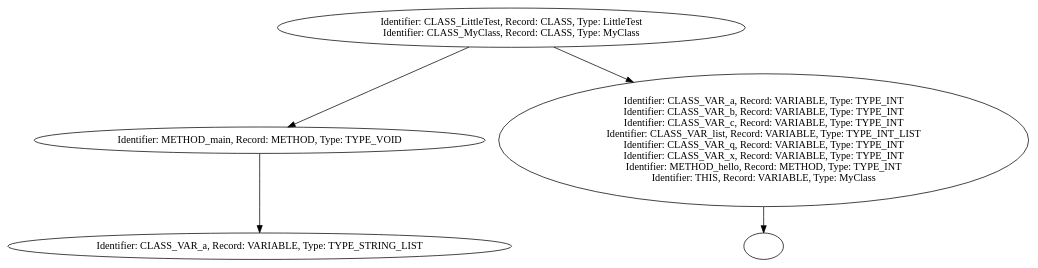
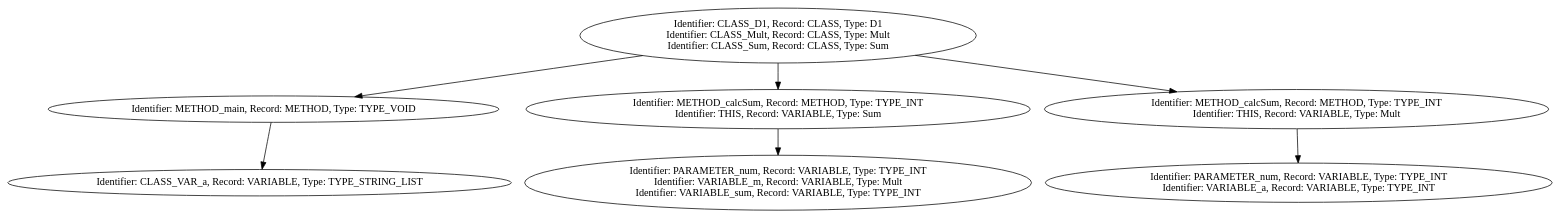
The diagram in getting_started/table.dot (RealNexa/DV1655-compiler), drawn with Graphviz before and after one commit. The commit also changed 11 other files, not shown here.

Commit message:
Fixed separate blocks for method calls and added class type as parameter to method call

```diff
--- a/getting_started/table.dot
+++ b/getting_started/table.dot
@@ -1,11 +1,15 @@
 digraph {
-n0 [label="Identifier: CLASS_LittleTest, Record: CLASS, Type: LittleTest\nIdentifier: CLASS_MyClass, Record: CLASS, Type: MyClass\n"];
+n0 [label="Identifier: CLASS_D1, Record: CLASS, Type: D1\nIdentifier: CLASS_Mult, Record: CLASS, Type: Mult\nIdentifier: CLASS_Sum, Record: CLASS, Type: Sum\n"];
 n1 [label="Identifier: METHOD_main, Record: METHOD, Type: TYPE_VOID\n"];
 n2 [label="Identifier: CLASS_VAR_a, Record: VARIABLE, Type: TYPE_STRING_LIST\n"];
 n1 -> n2
 n0 -> n1
-n3 [label="Identifier: CLASS_VAR_a, Record: VARIABLE, Type: TYPE_INT\nIdentifier: CLASS_VAR_b, Record: VARIABLE, Type: TYPE_INT\nIdentifier: CLASS_VAR_c, Record: VARIABLE, Type: TYPE_INT\nIdentifier: CLASS_VAR_list, Record: VARIABLE, Type: TYPE_INT_LIST\nIdentifier: CLASS_VAR_q, Record: VARIABLE, Type: TYPE_INT\nIdentifier: CLASS_VAR_x, Record: VARIABLE, Type: TYPE_INT\nIdentifier: METHOD_hello, Record: METHOD, Type: TYPE_INT\nIdentifier: THIS, Record: VARIABLE, Type: MyClass\n"];
-n4 [label=""];
+n3 [label="Identifier: METHOD_calcSum, Record: METHOD, Type: TYPE_INT\nIdentifier: THIS, Record: VARIABLE, Type: Sum\n"];
+n4 [label="Identifier: PARAMETER_num, Record: VARIABLE, Type: TYPE_INT\nIdentifier: VARIABLE_m, Record: VARIABLE, Type: Mult\nIdentifier: VARIABLE_sum, Record: VARIABLE, Type: TYPE_INT\n"];
 n3 -> n4
 n0 -> n3
+n5 [label="Identifier: METHOD_calcSum, Record: METHOD, Type: TYPE_INT\nIdentifier: THIS, Record: VARIABLE, Type: Mult\n"];
+n6 [label="Identifier: PARAMETER_num, Record: VARIABLE, Type: TYPE_INT\nIdentifier: VARIABLE_a, Record: VARIABLE, Type: TYPE_INT\n"];
+n5 -> n6
+n0 -> n5
 }
```
